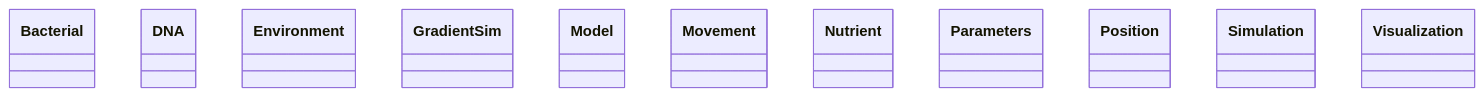
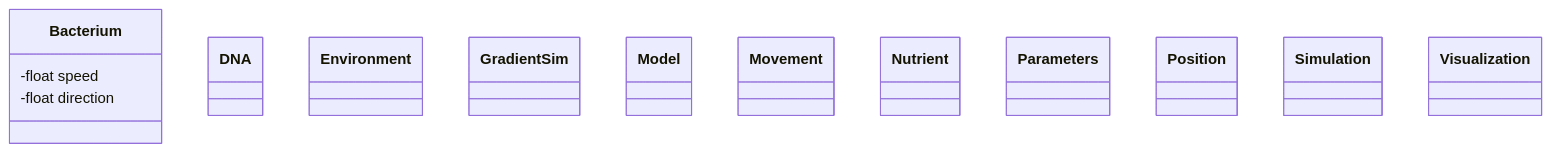
The diagram in design/README.md (programming-formalisms/programming_formalisms_project_summer_2024), drawn with Mermaid before and after one commit. The commit also changed 1 other file, not shown here.

Commit message:
add bacterium class diagram

````diff
--- a/design/README.md
+++ b/design/README.md
@@ -21,47 +21,48 @@
 ```mermaid
 classDiagram
 
-  class Bacterial {
-    
-  }
+class Bacterium{
+        -float speed
+        -float direction
+               }
 
   class DNA {
     
   }
 
   class Environment {
     
   }
 
   class GradientSim {
     
   }
 
   class Model {
     
   }
 
   class Movement {
     
   }
 
   class Nutrient {
     
   }
 
   class Parameters {
     
   }
 
   class Position {
     
   }
 
   class Simulation {
     
   }
 
   class Visualization {
     
   }
 ```
````
